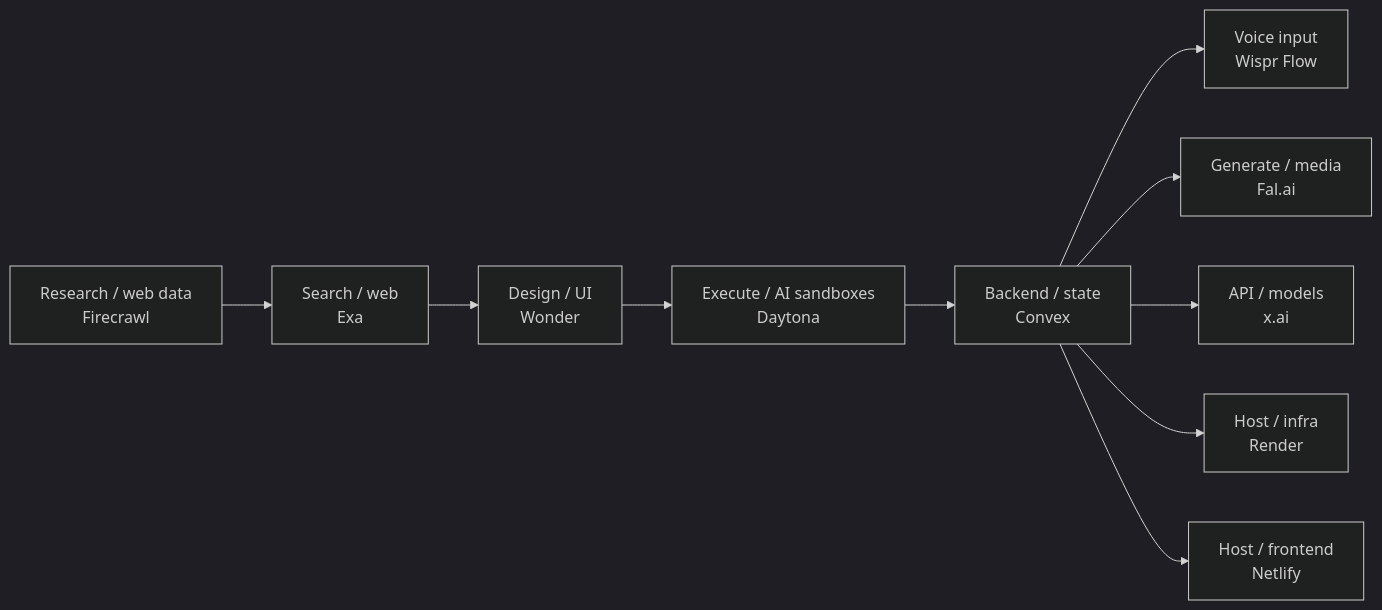
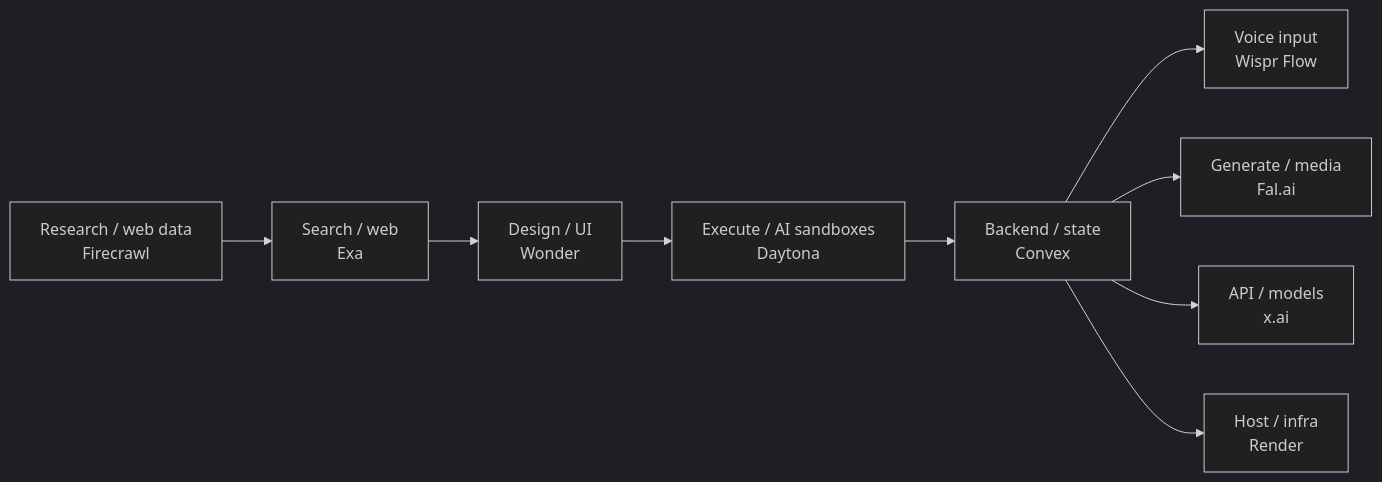
One commit to hadzija7/cursor-community-serbia changed the diagram in docs/hackathon/sponsor-cheat-sheet.md. Above: the diagram before and after it, drawn with Mermaid (dark theme). The commit also changed other lines of this file and 9 other files, not shown here.

````diff
--- a/docs/hackathon/sponsor-cheat-sheet.md
+++ b/docs/hackathon/sponsor-cheat-sheet.md
@@ -17,19 +17,17 @@
 ```mermaid
 flowchart LR
   F["Research / web data<br/>Firecrawl"]
   X["Search / web<br/>Exa"]
   U["Design / UI<br/>Wonder"]
   D["Execute / AI sandboxes<br/>Daytona"]
   C["Backend / state<br/>Convex"]
   W["Voice input<br/>Wispr Flow"]
   A["Generate / media<br/>Fal.ai"]
   M["API / models<br/>x.ai"]
   R["Host / infra<br/>Render"]
-  N["Host / frontend<br/>Netlify"]
   F --> X --> U --> D --> C
   C --> W
   C --> A
   C --> M
   C --> R
-  C --> N
 ```
````
